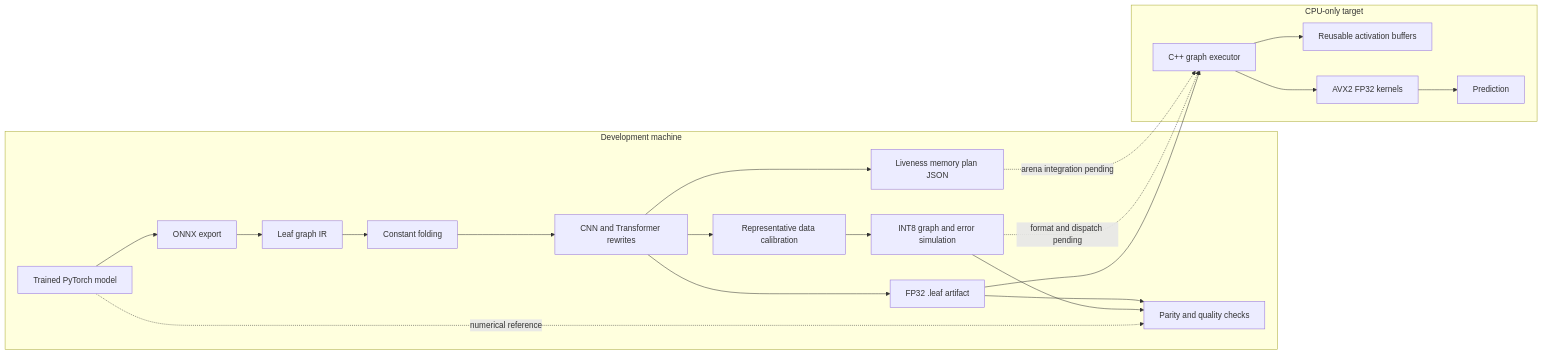
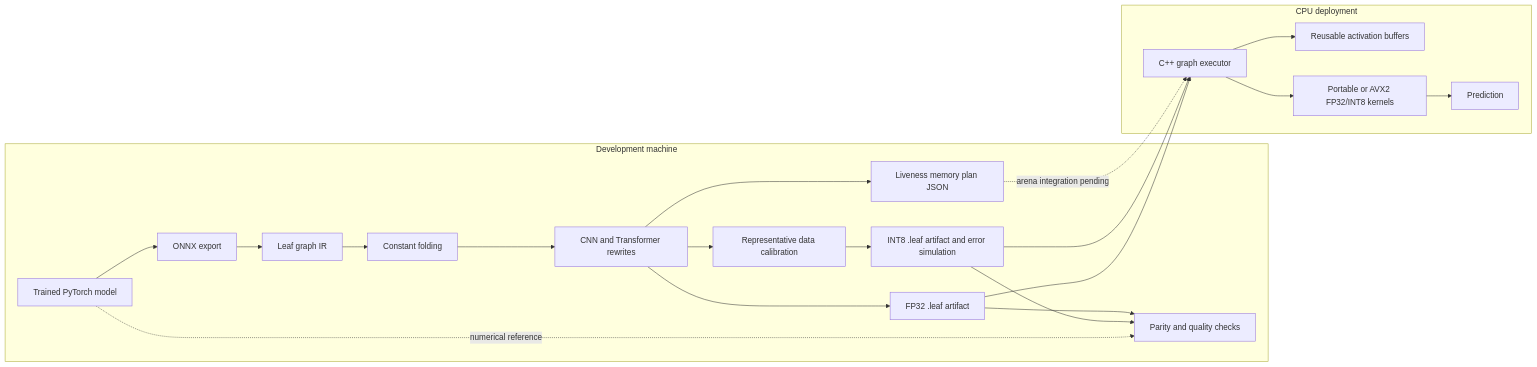
One commit to Nbit-51/Leaf changed the first of 2 diagrams in README.md. Above: the diagram before and after it, drawn with Mermaid. The commit also changed other lines of this file and 22 other files, not shown here.

Commit message:
Add typed INT8 graph execution and CPU validation

````diff
--- a/README.md
+++ b/README.md
@@ -60,24 +67,24 @@
 ```mermaid
 flowchart LR
     subgraph Dev[Development machine]
       PT[Trained PyTorch model] --> ONNX[ONNX export]
       ONNX --> IR[Leaf graph IR]
       IR --> CF[Constant folding]
       CF --> FU[CNN and Transformer rewrites]
       FU --> FP[FP32 .leaf artifact]
       FU --> CAL[Representative data calibration]
-      CAL --> Q[INT8 graph and error simulation]
+      CAL --> Q[INT8 .leaf artifact and error simulation]
       FU --> MP[Liveness memory plan JSON]
       PT -. numerical reference .-> CHECK[Parity and quality checks]
       Q --> CHECK
       FP --> CHECK
     end
-    subgraph Target[CPU-only target]
+    subgraph Target[CPU deployment]
       FP --> EX[C++ graph executor]
+      Q --> EX
       EX --> POOL[Reusable activation buffers]
-      EX --> AVX[AVX2 FP32 kernels]
-      AVX --> OUT[Prediction]
+      EX --> KERNEL[Portable or AVX2 FP32/INT8 kernels]
+      KERNEL --> OUT[Prediction]
     end
-    Q -. format and dispatch pending .-> EX
     MP -. arena integration pending .-> EX
 ```
````
